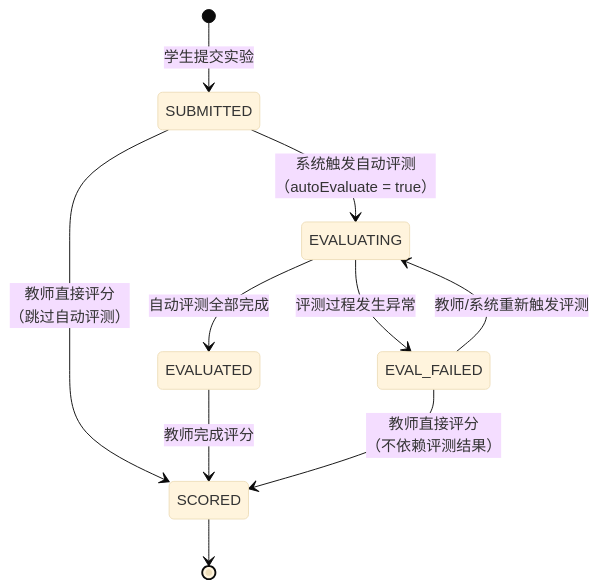
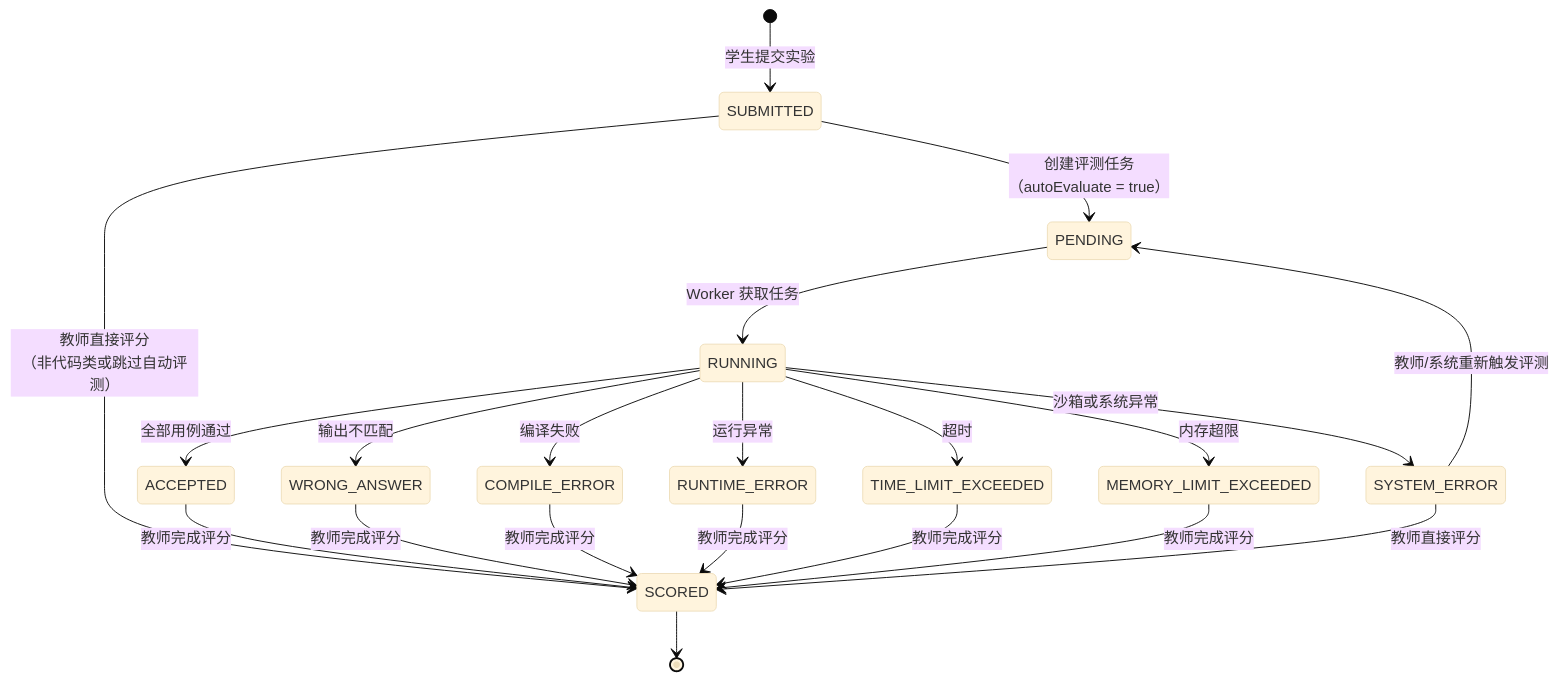
Before and after one commit to Cr4zyorange/OnlineJudge: diagram 28 of 47 in docs/最终提交/软件详细设计说明书.md, drawn with Mermaid (base theme). The commit also changed other lines of this file, not shown here.

````diff
--- a/docs/最终提交/软件详细设计说明书.md
+++ b/docs/最终提交/软件详细设计说明书.md
@@ -2501,12 +2636,23 @@
 ```mermaid
 stateDiagram-v2
     [*] --> SUBMITTED: 学生提交实验
-    SUBMITTED --> EVALUATING: 系统触发自动评测<br/>（autoEvaluate = true）
-    SUBMITTED --> SCORED: 教师直接评分<br/>（跳过自动评测）
-    EVALUATING --> EVALUATED: 自动评测全部完成
-    EVALUATING --> EVAL_FAILED: 评测过程发生异常
-    EVALUATED --> SCORED: 教师完成评分
-    EVAL_FAILED --> EVALUATING: 教师/系统重新触发评测
-    EVAL_FAILED --> SCORED: 教师直接评分<br/>（不依赖评测结果）
+    SUBMITTED --> PENDING: 创建评测任务<br/>（autoEvaluate = true）
+    SUBMITTED --> SCORED: 教师直接评分<br/>（非代码类或跳过自动评测）
+    PENDING --> RUNNING: Worker 获取任务
+    RUNNING --> ACCEPTED: 全部用例通过
+    RUNNING --> WRONG_ANSWER: 输出不匹配
+    RUNNING --> COMPILE_ERROR: 编译失败
+    RUNNING --> RUNTIME_ERROR: 运行异常
+    RUNNING --> TIME_LIMIT_EXCEEDED: 超时
+    RUNNING --> MEMORY_LIMIT_EXCEEDED: 内存超限
+    RUNNING --> SYSTEM_ERROR: 沙箱或系统异常
+    ACCEPTED --> SCORED: 教师完成评分
+    WRONG_ANSWER --> SCORED: 教师完成评分
+    COMPILE_ERROR --> SCORED: 教师完成评分
+    RUNTIME_ERROR --> SCORED: 教师完成评分
+    TIME_LIMIT_EXCEEDED --> SCORED: 教师完成评分
+    MEMORY_LIMIT_EXCEEDED --> SCORED: 教师完成评分
+    SYSTEM_ERROR --> PENDING: 教师/系统重新触发评测
+    SYSTEM_ERROR --> SCORED: 教师直接评分
     SCORED --> [*]
 ```
````
